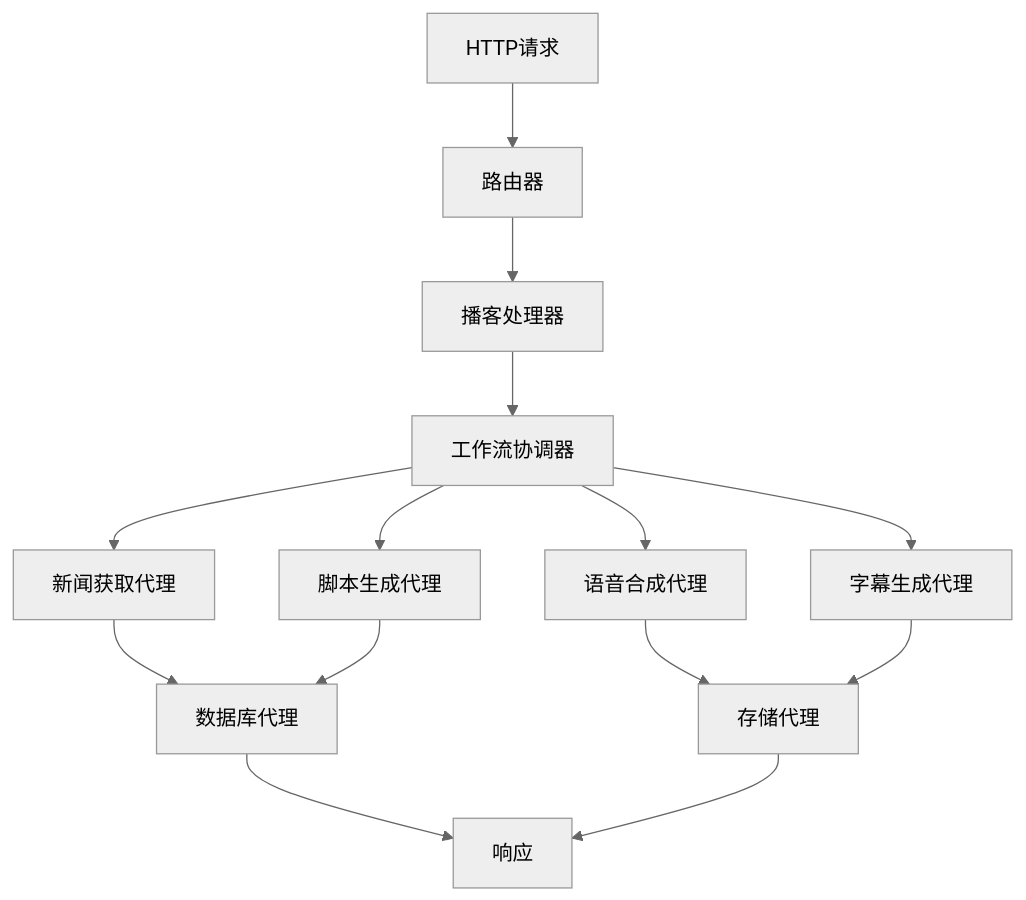
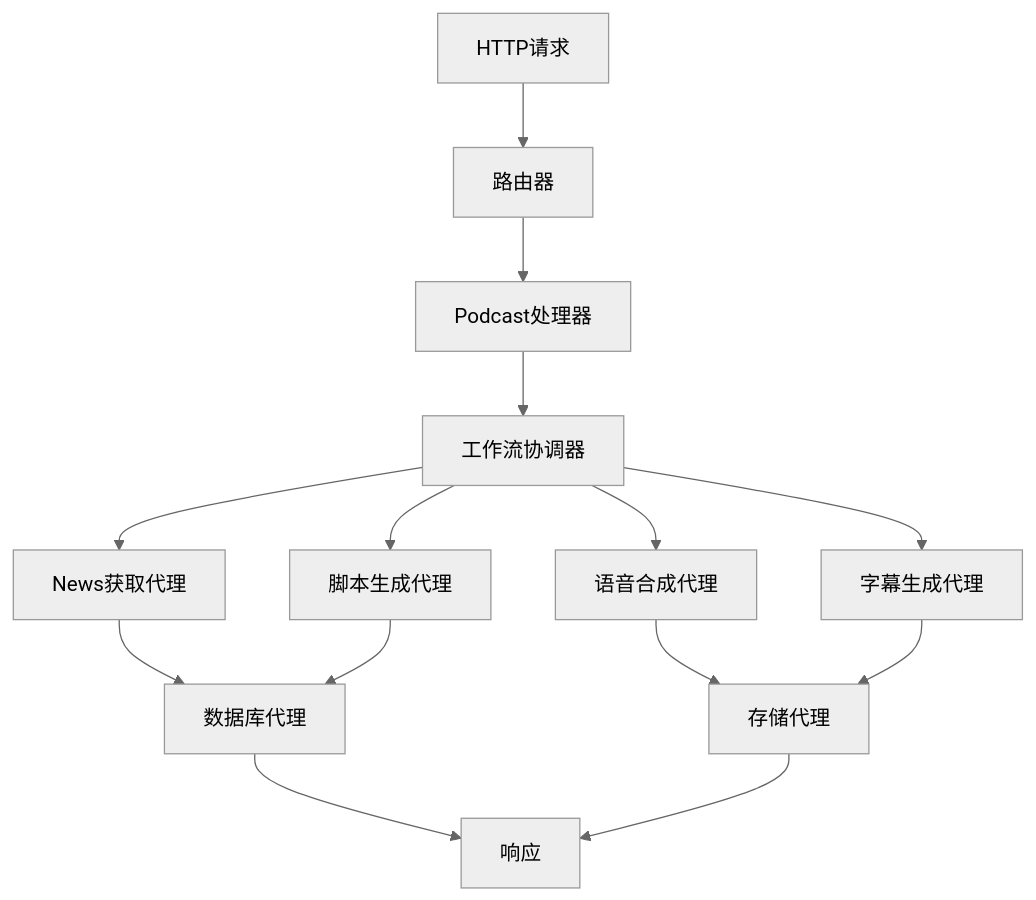
Before and after one commit to cnmzsjbz199328/podcast-rss-demo: the diagram in AGENTS.md, drawn with Mermaid (neutral theme). The commit also changed other lines of this file and 60 other files, not shown here.

````diff
--- a/AGENTS.md
+++ b/AGENTS.md
@@ -129,19 +129,19 @@
 ```mermaid
 graph TD
     A[HTTP请求] --> B[路由器]
-    B --> C[播客处理器]
+    B --> C[Podcast处理器]
     C --> D[工作流协调器]
 
-    D --> E[新闻获取代理]
+    D --> E[News获取代理]
     D --> F[脚本生成代理]
     D --> G[语音合成代理]
     D --> H[字幕生成代理]
 
     E --> I[数据库代理]
     F --> I
     G --> J[存储代理]
     H --> J
 
     I --> K[响应]
     J --> K
 ```
````
